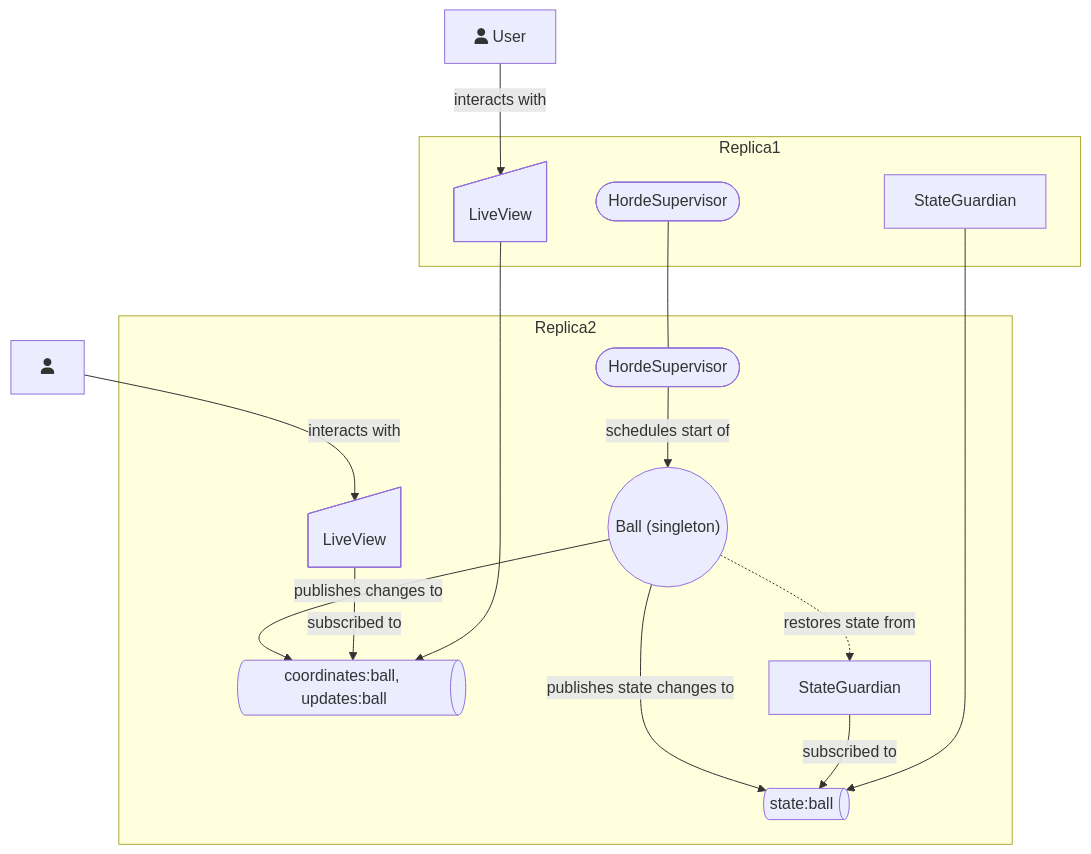
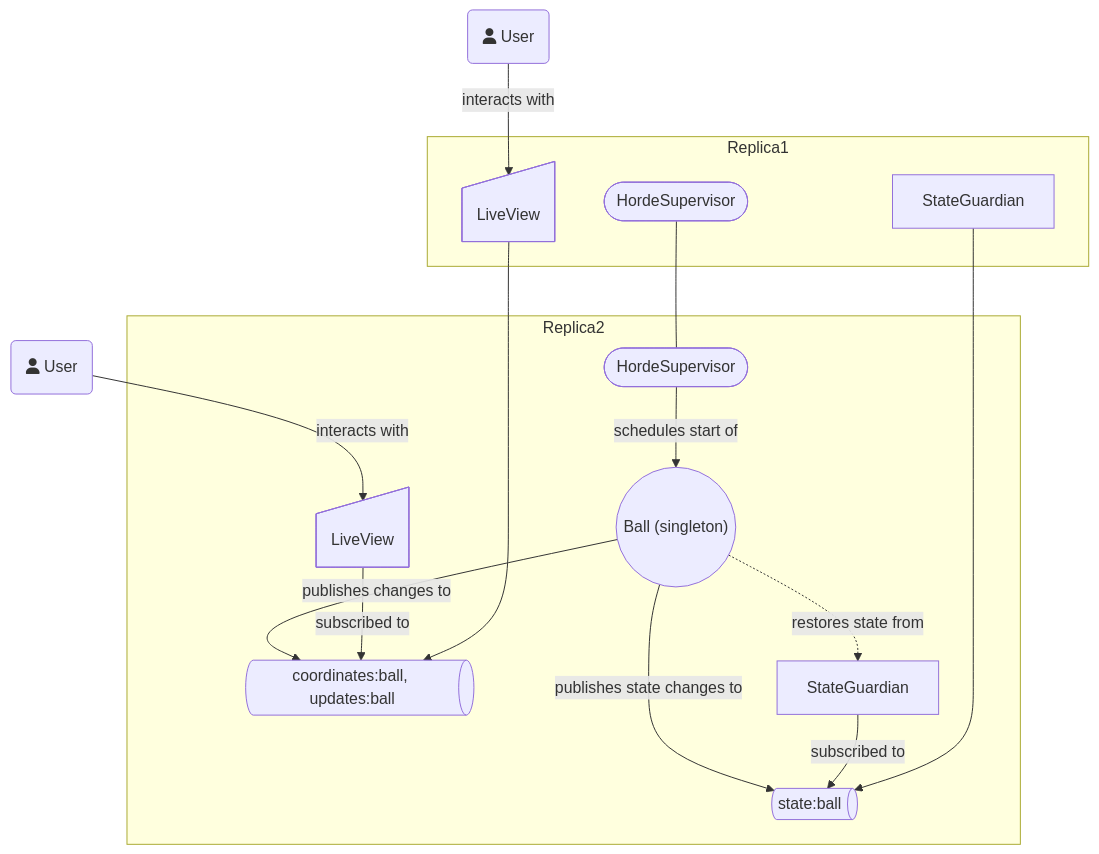
Before and after one commit to d-led/ssr-robust-live-svg: the diagram in README.md, drawn with Mermaid.

Commit message:
no font-aweseom in github's mermaid

````diff
--- a/README.md
+++ b/README.md
@@ -102,19 +102,19 @@
 ```mermaid
 flowchart TB
-    User1["fa:fa-user User"] -- interacts with --> LiveView2
-    User2["fa:fa-user"] -- interacts with --> LiveView1
+    User1("fa:fa-user User") -- interacts with --> LiveView2
+    User2("fa:fa-user User") -- interacts with --> LiveView1
     subgraph Replica2
     HordeSupervisor1([HordeSupervisor]) -- schedules start of --> Ball
     Ball(("Ball (singleton)"))-- publishes state changes to -->BallStateTopic@{ shape: das, label: "state:ball" }
     %% Ball-- updates -->BallUpdatesTopic@{ shape: das, label: "updates:ball" }
     Ball-- publishes changes to -->BallCoordinatesTopic@{ shape: das, label: "coordinates:ball, updates:ball" }
     StateGuardian1[StateGuardian] -- subscribed to --> BallStateTopic
     Ball -. restores state from .-> StateGuardian1 
     LiveView1@{ shape: manual-input, label: "LiveView"} -- subscribed to --> BallCoordinatesTopic
     end
     subgraph Replica1
     StateGuardian2[StateGuardian] --> BallStateTopic
     HordeSupervisor2([HordeSupervisor]) ---  HordeSupervisor1
     LiveView2@{ shape: manual-input, label: "LiveView"} --> BallCoordinatesTopic
     end
 ```
````
